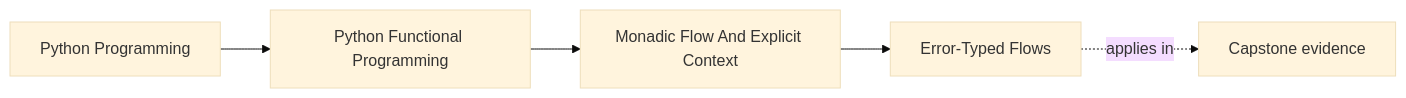
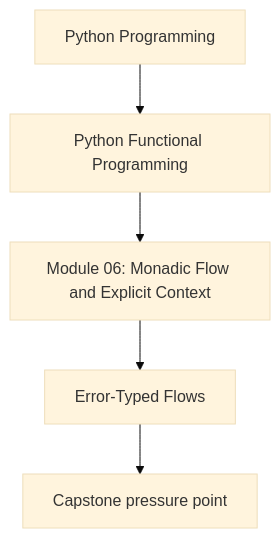
Before and after one commit to bijux/bijux-masterclass: the first of 2 diagrams in programs/python-programming/python-functional-programming/course-book/module-06-monadic-flow-and-explicit-context/error-typed-flows.md, drawn with Mermaid (base theme). The commit also changed other lines of this file and 118 other files, not shown here.

Commit message:
docs(python-functional-programming): align concept page diagrams

````diff
--- a/programs/python-programming/python-functional-programming/course-book/module-06-monadic-flow-and-explicit-context/error-typed-flows.md
+++ b/programs/python-programming/python-functional-programming/course-book/module-06-monadic-flow-and-explicit-context/error-typed-flows.md
@@ -7,11 +7,7 @@
 ```mermaid
-graph LR
-  family["Python Programming"]
-  program["Python Functional Programming"]
-  section["Monadic Flow And Explicit Context"]
-  page["Error-Typed Flows"]
-  capstone["Capstone evidence"]
-
-  family --> program --> section --> page
-  page -.applies in.-> capstone
+flowchart TD
+  family["Python Programming"] --> program["Python Functional Programming"]
+  program --> module["Module 06: Monadic Flow and Explicit Context"]
+  module --> concept["Error-Typed Flows"]
+  concept --> capstone["Capstone pressure point"]
 ```
````
